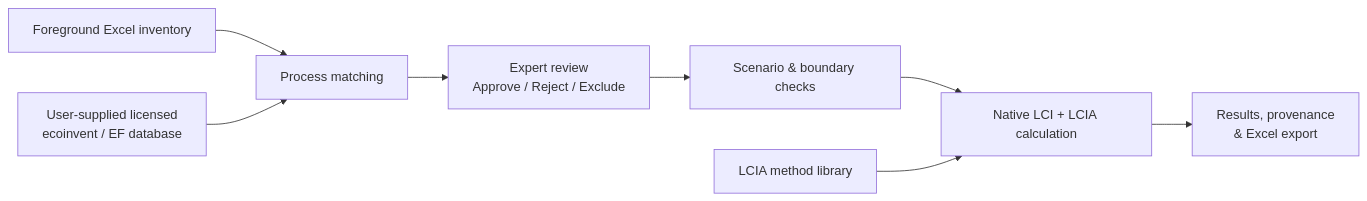
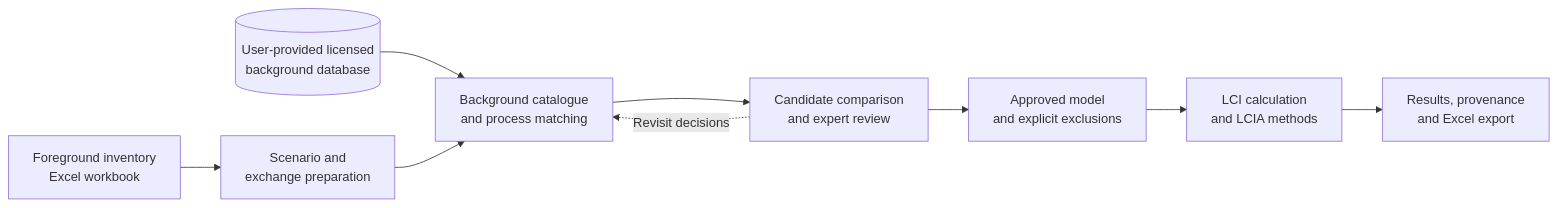
Before and after one commit to SDU-LCE-SMART/FlexPOL-LCA: the diagram in README.md, drawn with Mermaid. The commit also changed other lines of this file, not shown here.

````diff
--- a/README.md
+++ b/README.md
@@ -24,10 +19,11 @@
 ```mermaid
 flowchart LR
-    A[Foreground Excel inventory] --> C[Process matching]
-    B[User-supplied licensed<br/>ecoinvent / EF database] --> C
-    C --> D[Expert review<br/>Approve / Reject / Exclude]
-    D --> E[Scenario & boundary checks]
-    E --> F[Native LCI + LCIA calculation]
-    G[LCIA method library] --> F
-    F --> H[Results, provenance<br/>& Excel export]
+    A[Foreground inventory<br/>Excel workbook] --> B[Scenario and<br/>exchange preparation]
+    D[(User-provided licensed<br/>background database)] --> C[Background catalogue<br/>and process matching]
+    B --> C
+    C --> E[Candidate comparison<br/>and expert review]
+    E --> F[Approved model<br/>and explicit exclusions]
+    F --> G[LCI calculation<br/>and LCIA methods]
+    G --> H[Results, provenance<br/>and Excel export]
+    E -. Revisit decisions .-> C
 ```
````
